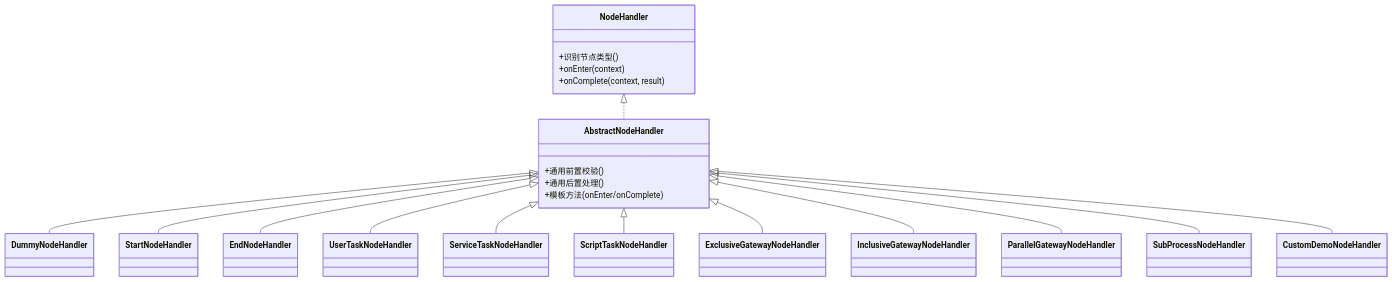
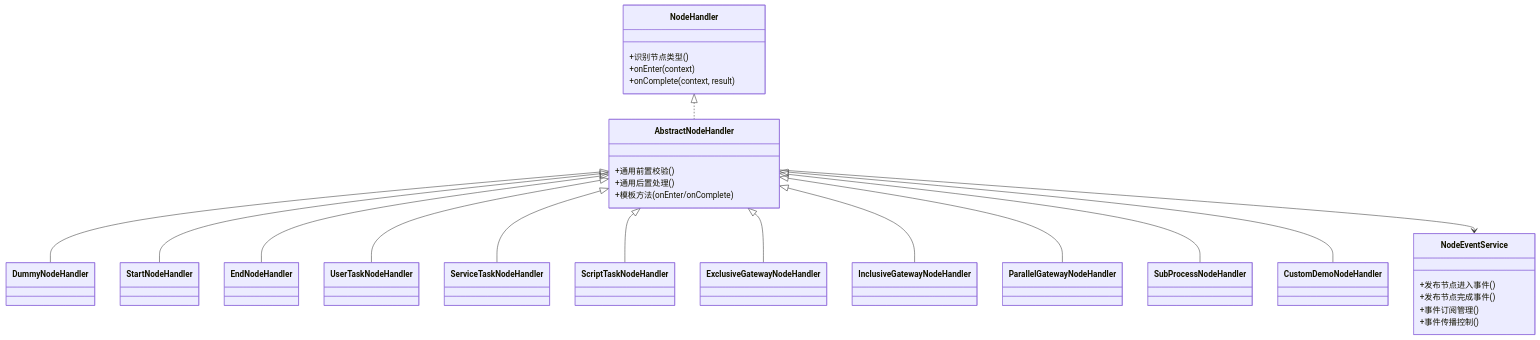
Before and after one commit to liming-lihaini/workflow: the third of 5 diagrams in .qoder/repowiki/zh/content/核心引擎设计/节点处理器架构/节点处理器架构.md, drawn with Mermaid. The commit also changed other lines of this file and 9 other files, not shown here.

````diff
--- a/.qoder/repowiki/zh/content/核心引擎设计/节点处理器架构/节点处理器架构.md
+++ b/.qoder/repowiki/zh/content/核心引擎设计/节点处理器架构/节点处理器架构.md
@@ -186,36 +206,43 @@
 ```mermaid
 classDiagram
 class NodeHandler {
 +识别节点类型()
 +onEnter(context)
 +onComplete(context, result)
 }
 class AbstractNodeHandler {
 +通用前置校验()
 +通用后置处理()
 +模板方法(onEnter/onComplete)
+}
+class NodeEventService {
++发布节点进入事件()
++发布节点完成事件()
++事件订阅管理()
++事件传播控制()
 }
 class DummyNodeHandler
 class StartNodeHandler
 class EndNodeHandler
 class UserTaskNodeHandler
 class ServiceTaskNodeHandler
 class ScriptTaskNodeHandler
 class ExclusiveGatewayNodeHandler
 class InclusiveGatewayNodeHandler
 class ParallelGatewayNodeHandler
 class SubProcessNodeHandler
 class CustomDemoNodeHandler
 NodeHandler <|.. AbstractNodeHandler
 AbstractNodeHandler <|-- DummyNodeHandler
 AbstractNodeHandler <|-- StartNodeHandler
 AbstractNodeHandler <|-- EndNodeHandler
 AbstractNodeHandler <|-- UserTaskNodeHandler
 AbstractNodeHandler <|-- ServiceTaskNodeHandler
 AbstractNodeHandler <|-- ScriptTaskNodeHandler
 AbstractNodeHandler <|-- ExclusiveGatewayNodeHandler
 AbstractNodeHandler <|-- InclusiveGatewayNodeHandler
 AbstractNodeHandler <|-- ParallelGatewayNodeHandler
 AbstractNodeHandler <|-- SubProcessNodeHandler
 AbstractNodeHandler <|-- CustomDemoNodeHandler
+AbstractNodeHandler --> NodeEventService
 ```
````
